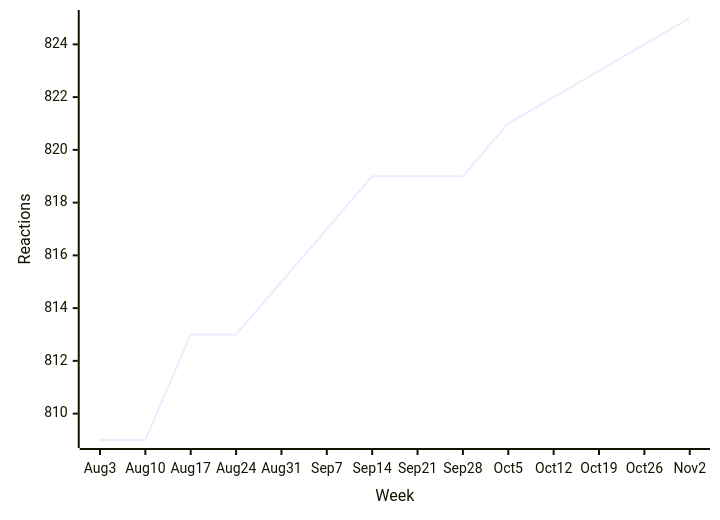
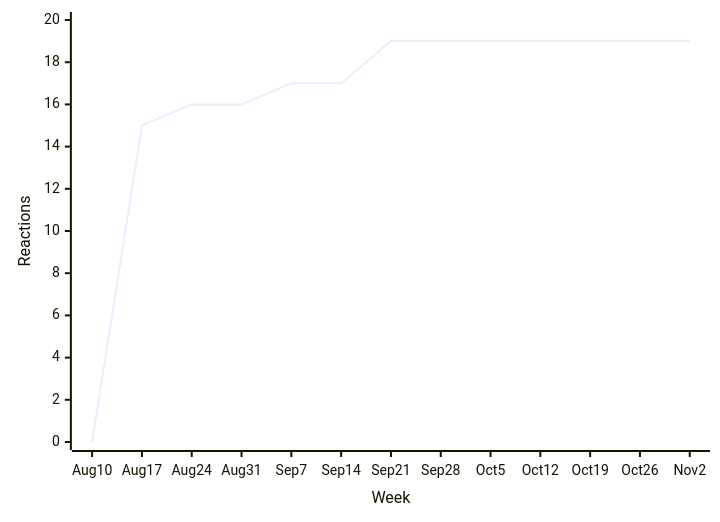
Before and after one commit to loic-sharma/github-insights: the eighth of 40 diagrams in README.md, drawn with Mermaid. The commit also changed other lines of this file and 3 other files, not shown here.

````diff
--- a/README.md
+++ b/README.md
@@ -443,6 +443,6 @@
   ```mermaid
   xychart-beta
-    x-axis "Week" [Aug 3, Aug 10, Aug 17, Aug 24, Aug 31, Sep 7, Sep 14, Sep 21, Sep 28, Oct 5, Oct 12, Oct 19, Oct 26, Nov 2]
-    y-axis "Reactions"
-    line [809, 809, 813, 813, 815, 817, 819, 819, 819, 821, 822, 823, 824, 825]
+    x-axis "Week" [Aug 10, Aug 17, Aug 24, Aug 31, Sep 7, Sep 14, Sep 21, Sep 28, Oct 5, Oct 12, Oct 19, Oct 26, Nov 2]
+    y-axis "Reactions" 0 --> 20
+    line [0, 15, 16, 16, 17, 17, 19, 19, 19, 19, 19, 19, 19]
   ```
````
